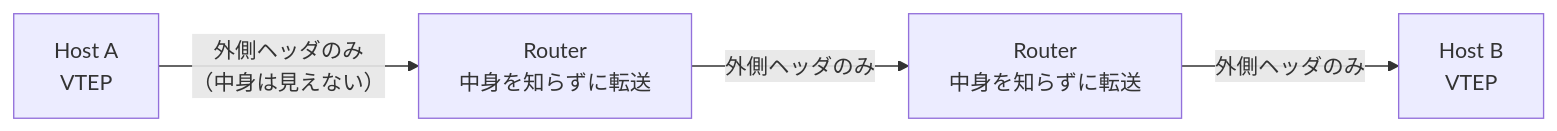
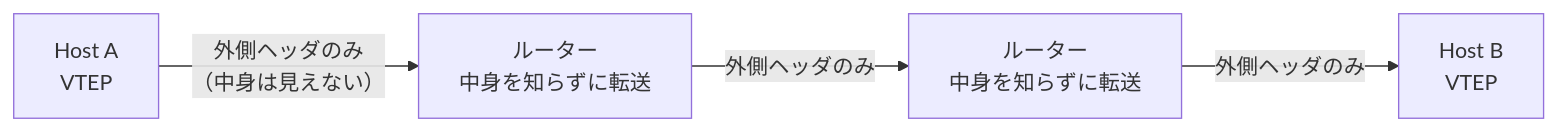
One commit to 0x69d/0x69d changed the second of 5 diagrams in articles/20260806-vxlan-overlay-network.md. Above: the diagram before and after it, drawn with Mermaid. The commit also changed other lines of this file, not shown here.

First line of the commit message:
docs: VXLAN記事の用語節を前倒しし図を簡略化する

````diff
--- a/articles/20260806-vxlan-overlay-network.md
+++ b/articles/20260806-vxlan-overlay-network.md
@@ -38,6 +40,6 @@
 ```mermaid
 graph LR
-    B1["Host A<br/>VTEP"] -->|"外側ヘッダのみ<br/>（中身は見えない）"| R1["Router<br/>中身を知らずに転送"]
-    R1 -->|"外側ヘッダのみ"| R2["Router<br/>中身を知らずに転送"]
+    B1["Host A<br/>VTEP"] -->|"外側ヘッダのみ<br/>（中身は見えない）"| R1["ルーター<br/>中身を知らずに転送"]
+    R1 -->|"外側ヘッダのみ"| R2["ルーター<br/>中身を知らずに転送"]
     R2 -->|"外側ヘッダのみ"| B2["Host B<br/>VTEP"]
 ```
````
